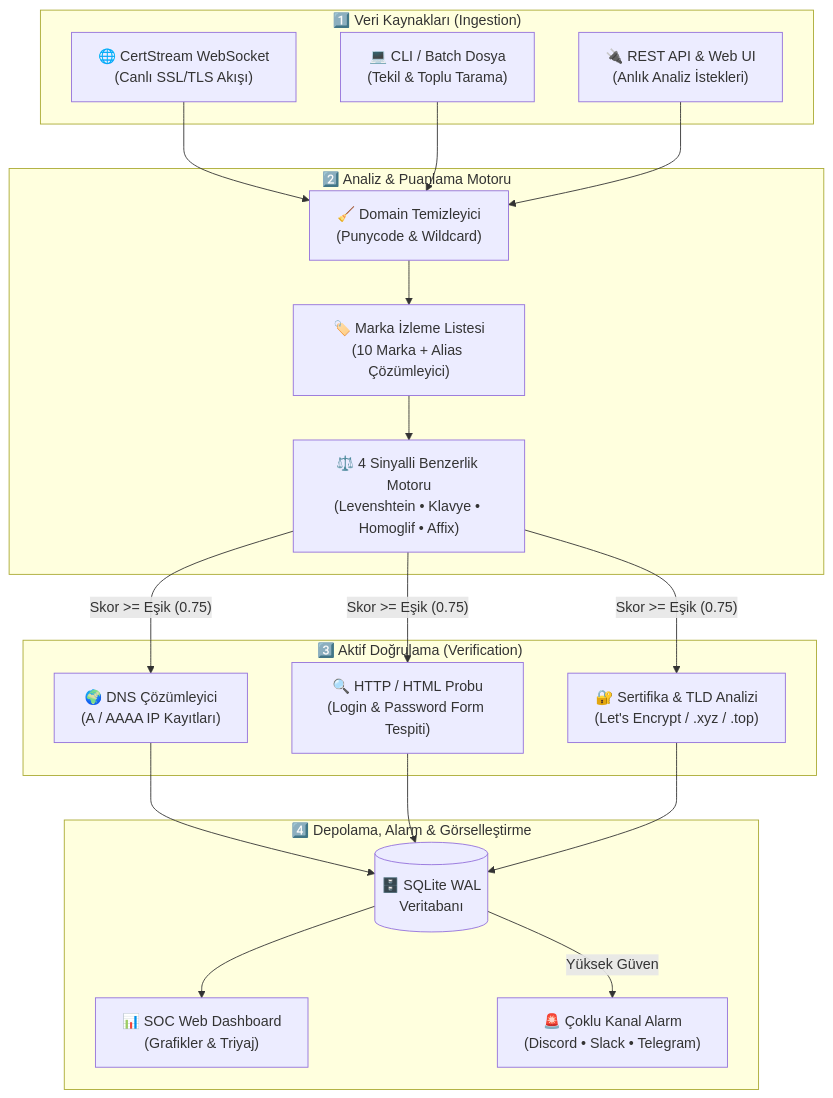
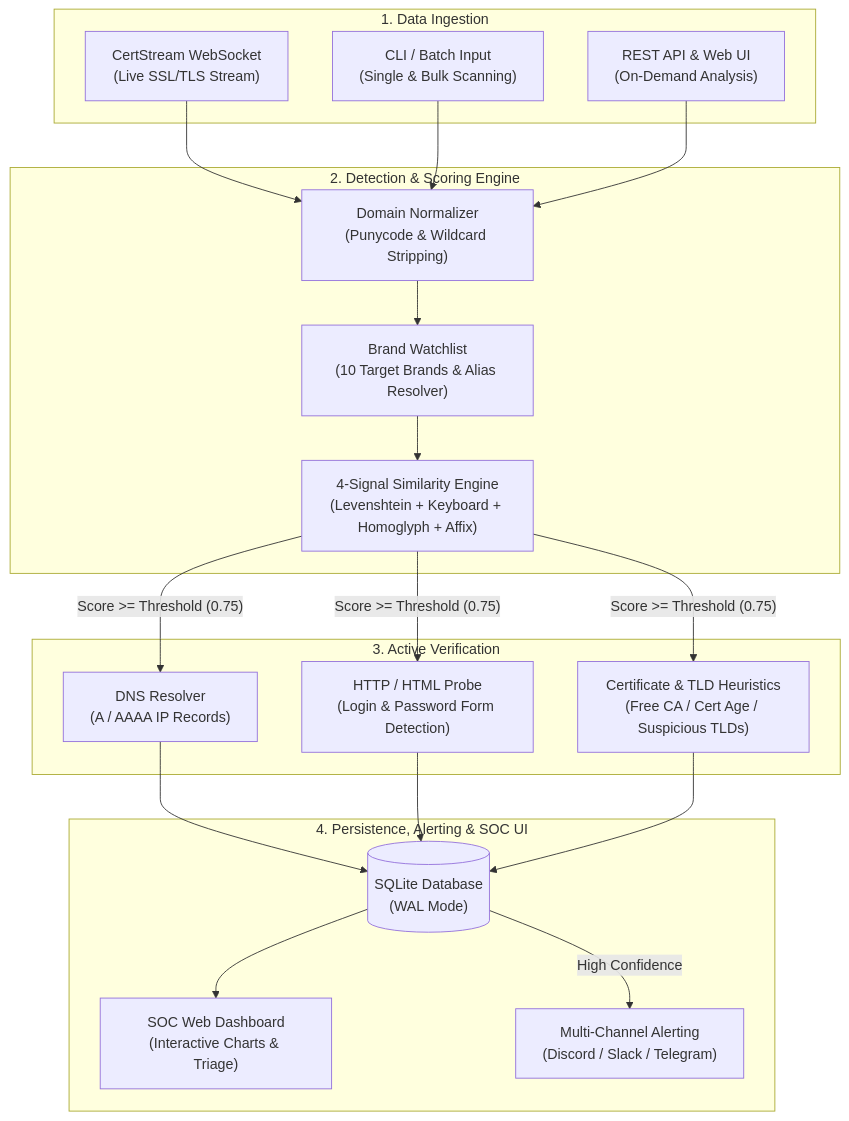
One commit to Bor-Code/Phishguard-Ct changed the first of 4 diagrams in README.md. Above: the diagram before and after it, drawn with Mermaid. The commit also changed other lines of this file, not shown here.

````diff
--- a/README.md
+++ b/README.md
@@ -19,32 +19,32 @@
 ```mermaid
 flowchart TD
-    subgraph INGEST["1️⃣ Veri Kaynakları (Ingestion)"]
-        CT["🌐 CertStream WebSocket\n(Canlı SSL/TLS Akışı)"]
-        CLI_IN["💻 CLI / Batch Dosya\n(Tekil & Toplu Tarama)"]
-        API_IN["🔌 REST API & Web UI\n(Anlık Analiz İstekleri)"]
+    subgraph INGEST["1. Data Ingestion"]
+        CT["CertStream WebSocket\n(Live SSL/TLS Stream)"]
+        CLI_IN["CLI / Batch Input\n(Single & Bulk Scanning)"]
+        API_IN["REST API & Web UI\n(On-Demand Analysis)"]
     end
 
-    subgraph ENGINE["2️⃣ Analiz & Puanlama Motoru"]
-        NORM["🧹 Domain Temizleyici\n(Punycode & Wildcard)"]
-        WL["🏷️ Marka İzleme Listesi\n(10 Marka + Alias Çözümleyici)"]
-        SCORE["⚖️ 4 Sinyalli Benzerlik Motoru\n(Levenshtein • Klavye • Homoglif • Affix)"]
+    subgraph ENGINE["2. Detection & Scoring Engine"]
+        NORM["Domain Normalizer\n(Punycode & Wildcard Stripping)"]
+        WL["Brand Watchlist\n(10 Target Brands & Alias Resolver)"]
+        SCORE["4-Signal Similarity Engine\n(Levenshtein + Keyboard + Homoglyph + Affix)"]
     end
 
-    subgraph VERIFY["3️⃣ Aktif Doğrulama (Verification)"]
-        DNS["🌍 DNS Çözümleyici\n(A / AAAA IP Kayıtları)"]
-        HTTP["🔍 HTTP / HTML Probu\n(Login & Password Form Tespiti)"]
-        TLS["🔐 Sertifika & TLD Analizi\n(Let's Encrypt / .xyz / .top)"]
+    subgraph VERIFY["3. Active Verification"]
+        DNS["DNS Resolver\n(A / AAAA IP Records)"]
+        HTTP["HTTP / HTML Probe\n(Login & Password Form Detection)"]
+        TLS["Certificate & TLD Heuristics\n(Free CA / Cert Age / Suspicious TLDs)"]
     end
 
-    subgraph OUTPUT["4️⃣ Depolama, Alarm & Görselleştirme"]
-        DB[("🗄️ SQLite WAL\nVeritabanı")]
-        DASH["📊 SOC Web Dashboard\n(Grafikler & Triyaj)"]
-        WEBHOOK["🚨 Çoklu Kanal Alarm\n(Discord • Slack • Telegram)"]
+    subgraph OUTPUT["4. Persistence, Alerting & SOC UI"]
+        DB[("SQLite Database\n(WAL Mode)")]
+        DASH["SOC Web Dashboard\n(Interactive Charts & Triage)"]
+        WEBHOOK["Multi-Channel Alerting\n(Discord / Slack / Telegram)"]
     end
 
     CT & CLI_IN & API_IN --> NORM --> WL --> SCORE
-    SCORE -->|"Skor >= Eşik (0.75)"| DNS & HTTP & TLS
+    SCORE -->|"Score >= Threshold (0.75)"| DNS & HTTP & TLS
     DNS & HTTP & TLS --> DB
     DB --> DASH
-    DB -->|"Yüksek Güven"| WEBHOOK
+    DB -->|"High Confidence"| WEBHOOK
 ```
````
